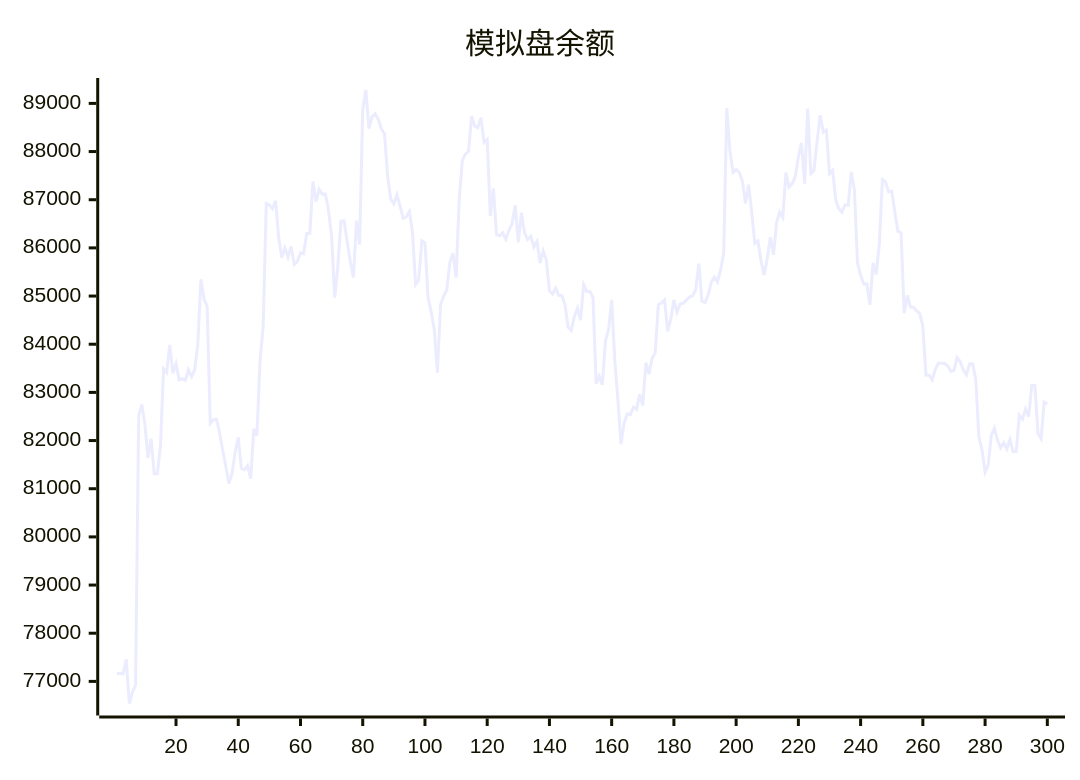
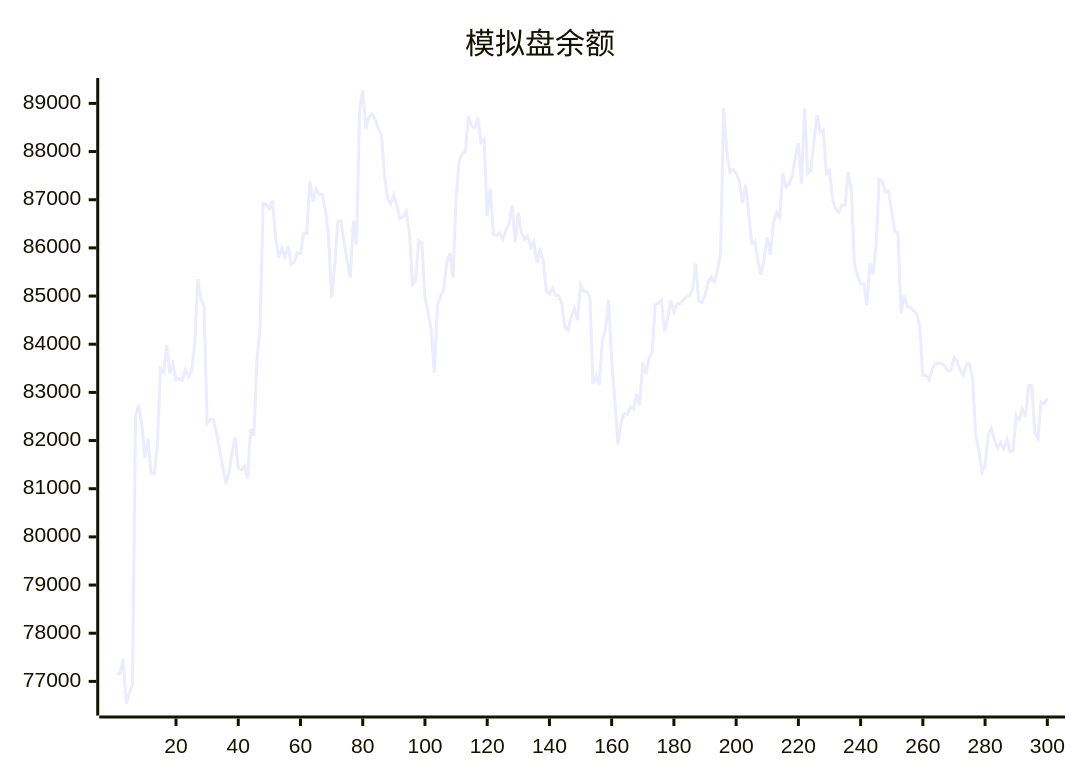
Before and after one commit to aahl/ai-trading: the diagram in README.md, drawn with Mermaid. The commit also changed other lines of this file and 1 other file, not shown here.

````diff
--- a/README.md
+++ b/README.md
@@ -5,5 +5,5 @@
 ```mermaid
 xychart
     title "模拟盘余额"
-    line [77160,77170,77160,77456,76541,76774,76927,82520,82744,82337,81639,82040,81307,81314,81887,83490,83414,83984,83396,83594,83261,83287,83253,83470,83327,83465,83987,85348,84930,84786,82355,82433,82438,82167,81795,81466,81105,81315,81756,82064,81426,81398,81481,81210,82242,82099,83658,84359,86925,86892,86814,86980,86203,85802,86003,85811,86028,85657,85721,85896,85880,86300,86299,87378,86965,87214,87115,87118,86780,86238,84966,85623,86555,86562,86129,85722,85387,86569,86070,88870,89278,88477,88720,88781,88668,88467,88372,87493,87018,86917,87102,86870,86613,86644,86758,86317,85242,85334,86149,86106,84968,84671,84302,83410,84816,85001,85127,85693,85891,85384,87001,87811,87945,88007,88734,88528,88495,88705,88189,88248,86662,87234,86279,86251,86314,86177,86364,86503,86886,86114,86731,86310,86176,86240,86017,86136,85685,85938,85749,85111,85044,85164,85016,85008,84824,84354,84287,84572,84745,84500,85234,85096,85095,84970,83180,83338,83157,84070,84309,84922,83667,82850,81924,82369,82552,82539,82695,82648,82962,82728,83619,83378,83710,83825,84819,84854,84917,84265,84527,84919,84668,84834,84850,84916,84981,85004,85131,85674,84891,84864,85019,85284,85393,85294,85538,85894,88904,88012,87567,87625,87568,87386,86920,87313,86737,86094,86143,85725,85437,85787,86219,85859,86526,86740,86630,87563,87264,87335,87483,87886,88180,87335,88894,87544,87608,88207,88755,88401,88444,87543,87608,87000,86810,86740,86894,86884,87576,87209,85686,85435,85251,85255,84820,85689,85453,86066,87420,87373,87161,87178,86740,86341,86315,84643,85012,84772,84768,84690,84635,84376,83360,83357,83259,83474,83608,83606,83602,83548,83440,83454,83724,83644,83464,83365,83590,83592,83275,82072,81806,81344,81492,82109,82254,82006,81848,81955,81829,82022,81769,81776,82522,82441,82656,82498,83144,83144,82150,82038,82797,82763]
+    line [77170,77160,77456,76541,76774,76927,82520,82744,82337,81639,82040,81307,81314,81887,83490,83414,83984,83396,83594,83261,83287,83253,83470,83327,83465,83987,85348,84930,84786,82355,82433,82438,82167,81795,81466,81105,81315,81756,82064,81426,81398,81481,81210,82242,82099,83658,84359,86925,86892,86814,86980,86203,85802,86003,85811,86028,85657,85721,85896,85880,86300,86299,87378,86965,87214,87115,87118,86780,86238,84966,85623,86555,86562,86129,85722,85387,86569,86070,88870,89278,88477,88720,88781,88668,88467,88372,87493,87018,86917,87102,86870,86613,86644,86758,86317,85242,85334,86149,86106,84968,84671,84302,83410,84816,85001,85127,85693,85891,85384,87001,87811,87945,88007,88734,88528,88495,88705,88189,88248,86662,87234,86279,86251,86314,86177,86364,86503,86886,86114,86731,86310,86176,86240,86017,86136,85685,85938,85749,85111,85044,85164,85016,85008,84824,84354,84287,84572,84745,84500,85234,85096,85095,84970,83180,83338,83157,84070,84309,84922,83667,82850,81924,82369,82552,82539,82695,82648,82962,82728,83619,83378,83710,83825,84819,84854,84917,84265,84527,84919,84668,84834,84850,84916,84981,85004,85131,85674,84891,84864,85019,85284,85393,85294,85538,85894,88904,88012,87567,87625,87568,87386,86920,87313,86737,86094,86143,85725,85437,85787,86219,85859,86526,86740,86630,87563,87264,87335,87483,87886,88180,87335,88894,87544,87608,88207,88755,88401,88444,87543,87608,87000,86810,86740,86894,86884,87576,87209,85686,85435,85251,85255,84820,85689,85453,86066,87420,87373,87161,87178,86740,86341,86315,84643,85012,84772,84768,84690,84635,84376,83360,83357,83259,83474,83608,83606,83602,83548,83440,83454,83724,83644,83464,83365,83590,83592,83275,82072,81806,81344,81492,82109,82254,82006,81848,81955,81829,82022,81769,81776,82522,82441,82656,82498,83144,83144,82150,82038,82797,82763,82872]
 ```
````
